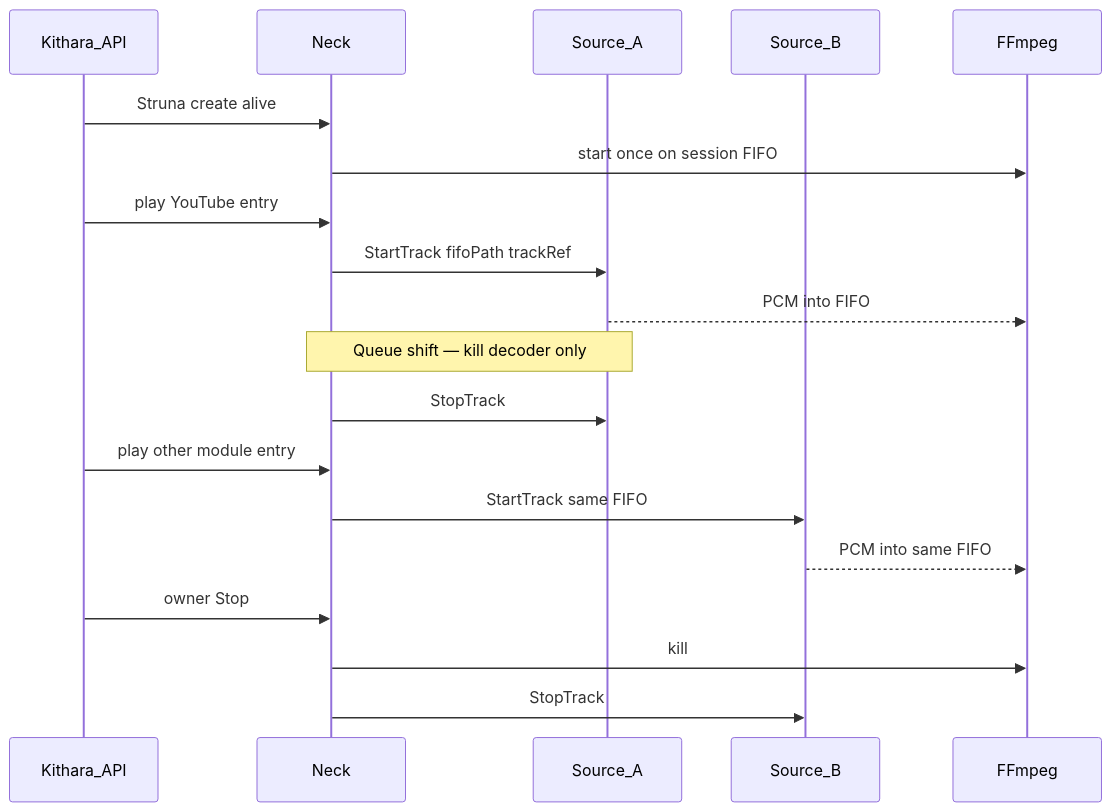
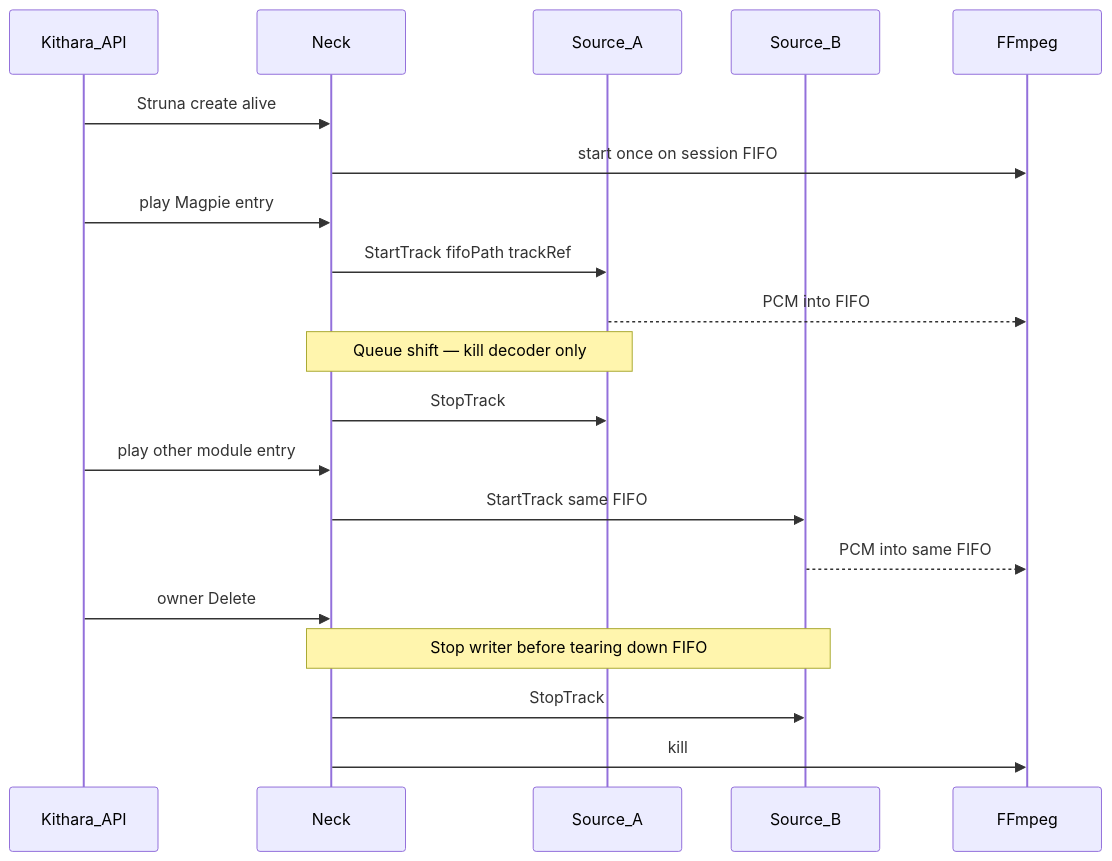
The diagram in docs/architecture/domains/source-instances.md (Bardie-radio/bardie-kithara), drawn with Mermaid before and after one commit. The commit also changed other lines of this file and 35 other files, not shown here.

````diff
--- a/docs/architecture/domains/source-instances.md
+++ b/docs/architecture/domains/source-instances.md
@@ -3,22 +3,23 @@
 ```mermaid
 sequenceDiagram
   participant API as Kithara_API
   participant Neck
   participant ModA as Source_A
   participant ModB as Source_B
   participant FF as FFmpeg
 
   API->>Neck: Struna create alive
   Neck->>FF: start once on session FIFO
-  API->>Neck: play YouTube entry
+  API->>Neck: play Magpie entry
   Neck->>ModA: StartTrack fifoPath trackRef
   ModA-->>FF: PCM into FIFO
   Note over Neck,ModA: Queue shift — kill decoder only
   Neck->>ModA: StopTrack
   API->>Neck: play other module entry
   Neck->>ModB: StartTrack same FIFO
   ModB-->>FF: PCM into same FIFO
-  API->>Neck: owner Stop
+  API->>Neck: owner Delete
+  Note over Neck,ModB: Stop writer before tearing down FIFO
+  Neck->>ModB: StopTrack
   Neck->>FF: kill
-  Neck->>ModB: StopTrack
 ```
````
